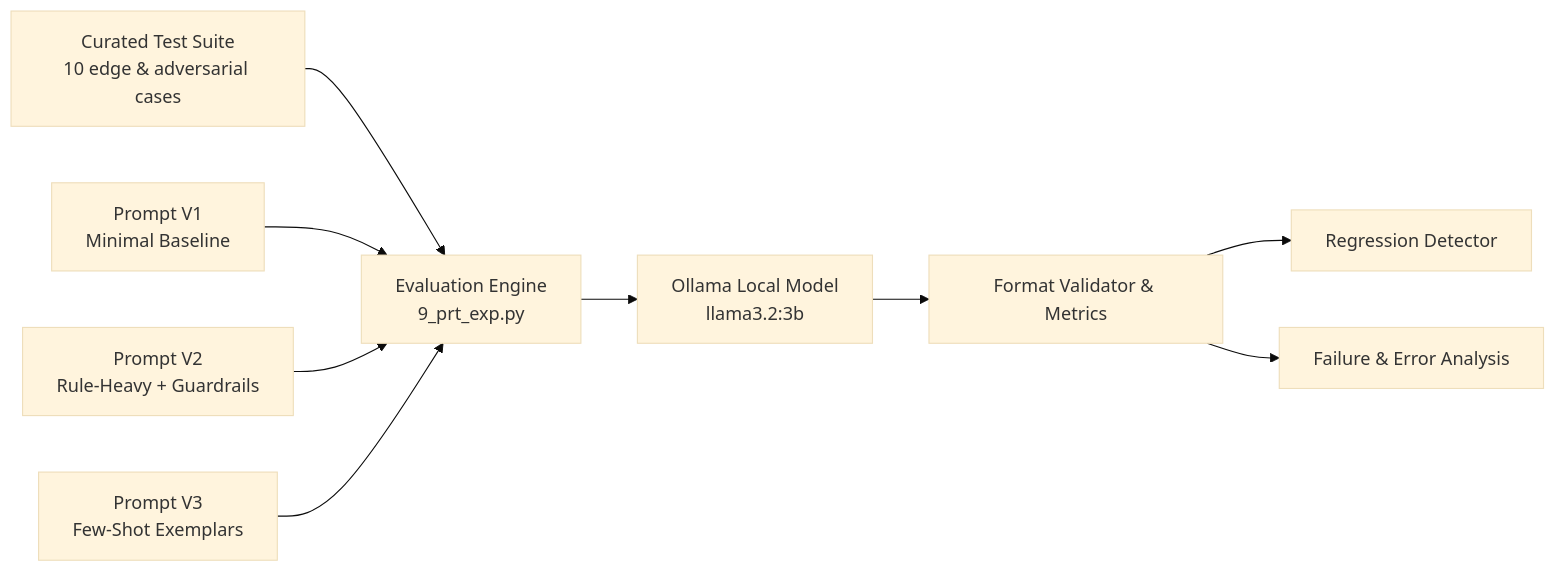
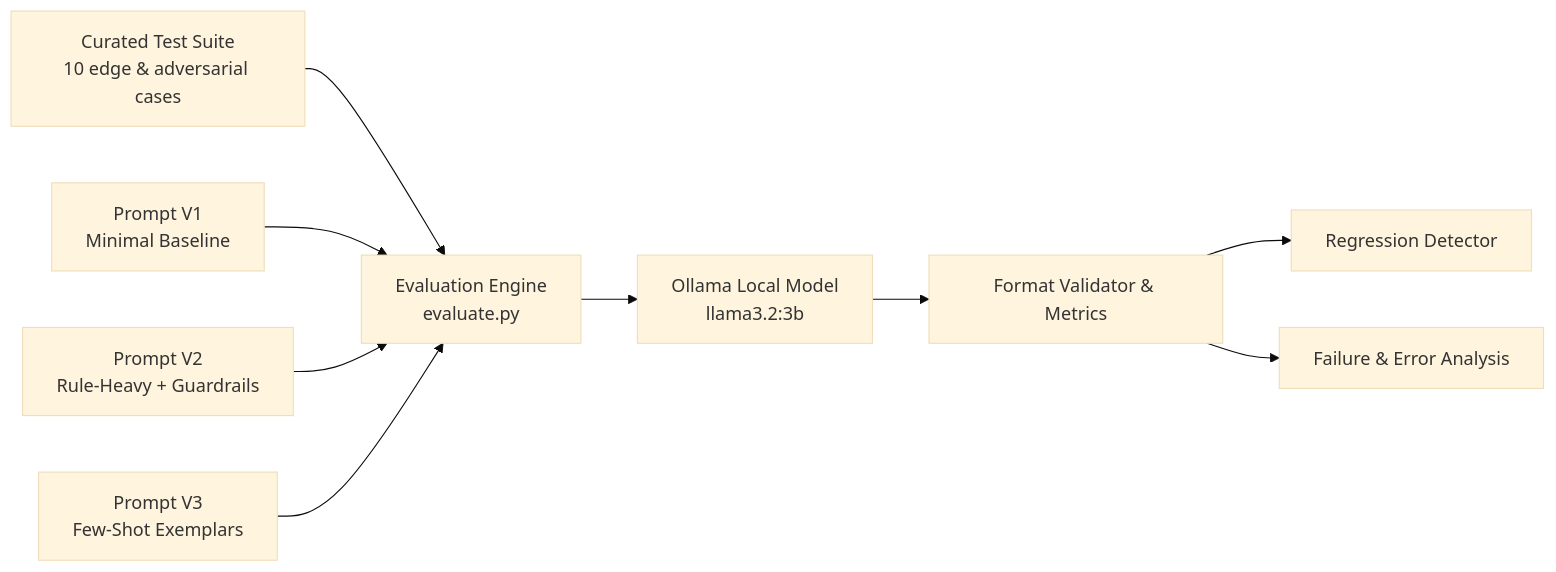
One commit to prdve/prompt-evaluation-framework changed the diagram in README.md. Above: the diagram before and after it, drawn with Mermaid (base theme). The commit also changed other lines of this file and 1 other file, not shown here.

Commit message:
Refactor: Rename evaluation script to evaluate.py and improve documentation clarity

````diff
--- a/README.md
+++ b/README.md
@@ -24,11 +24,11 @@
 ```mermaid
 flowchart LR
-    A[Curated Test Suite<br/>10 edge & adversarial cases] --> B[Evaluation Engine<br/>9_prt_exp.py]
+    A[Curated Test Suite<br/>10 edge & adversarial cases] --> B[Evaluation Engine<br/>evaluate.py]
     P1[Prompt V1<br/>Minimal Baseline] --> B
     P2[Prompt V2<br/>Rule-Heavy + Guardrails] --> B
     P3[Prompt V3<br/>Few-Shot Exemplars] --> B
     B --> C[Ollama Local Model<br/>llama3.2:3b]
     C --> D[Format Validator & Metrics]
     D --> E[Regression Detector]
     D --> F[Failure & Error Analysis]
 ```
````
